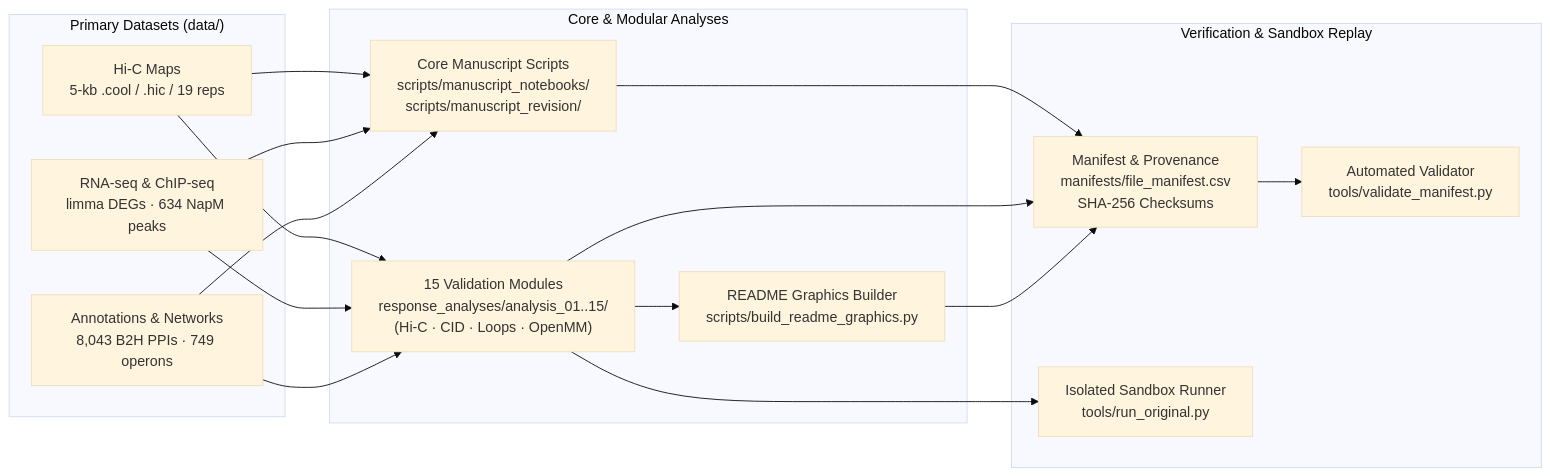
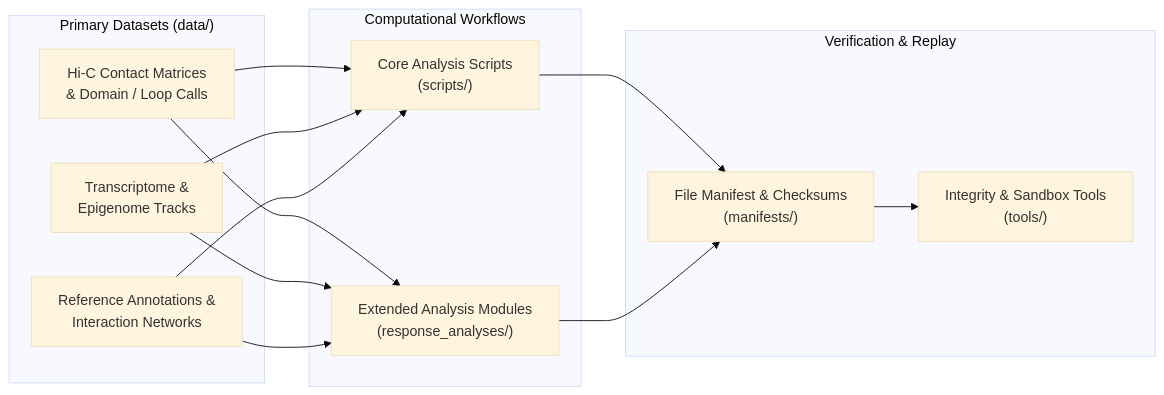
Before and after one commit to wikk-chy/mtb_hic: the diagram in README.md, drawn with Mermaid (base theme). The commit also changed other lines of this file and 6 other files, not shown here.

````diff
--- a/README.md
+++ b/README.md
@@ -72,33 +43,28 @@
 ```mermaid
 flowchart LR
-    subgraph Inputs["Primary Datasets (data/)"]
-        HIC["Hi-C Maps<br/>5-kb .cool / .hic / 19 reps"]
-        OMICS["RNA-seq & ChIP-seq<br/>limma DEGs · 634 NapM peaks"]
-        NET["Annotations & Networks<br/>8,043 B2H PPIs · 749 operons"]
+    subgraph Data["Primary Datasets (data/)"]
+        HIC["Hi-C Contact Matrices<br/>& Domain / Loop Calls"]
+        OMICS["Transcriptome &<br/>Epigenome Tracks"]
+        NET["Reference Annotations &<br/>Interaction Networks"]
     end
 
-    subgraph Workflows["Core & Modular Analyses"]
-        NB["Core Manuscript Scripts<br/>scripts/manuscript_notebooks/<br/>scripts/manuscript_revision/"]
-        MOD["15 Validation Modules<br/>response_analyses/analysis_01..15/<br/>(Hi-C · CID · Loops · OpenMM)"]
-        GFX["README Graphics Builder<br/>scripts/build_readme_graphics.py"]
+    subgraph Analysis["Computational Workflows"]
+        CORE["Core Analysis Scripts<br/>(scripts/)"]
+        EXT["Extended Analysis Modules<br/>(response_analyses/)"]
     end
 
-    subgraph Verify["Verification & Sandbox Replay"]
-        MAN["Manifest & Provenance<br/>manifests/file_manifest.csv<br/>SHA-256 Checksums"]
-        VAL["Automated Validator<br/>tools/validate_manifest.py"]
-        RUN["Isolated Sandbox Runner<br/>tools/run_original.py"]
+    subgraph Repro["Verification & Replay"]
+        MAN["File Manifest & Checksums<br/>(manifests/)"]
+        TOOLS["Integrity & Sandbox Tools<br/>(tools/)"]
     end
 
-    HIC --> NB
-    OMICS --> NB
-    NET --> NB
-    HIC --> MOD
-    OMICS --> MOD
-    NET --> MOD
-    MOD --> GFX
-    NB --> MAN
-    MOD --> MAN
-    GFX --> MAN
-    MAN --> VAL
-    MOD --> RUN
+    HIC --> CORE
+    OMICS --> CORE
+    NET --> CORE
+    HIC --> EXT
+    OMICS --> EXT
+    NET --> EXT
+    CORE --> MAN
+    EXT --> MAN
+    MAN --> TOOLS
 ```
````
